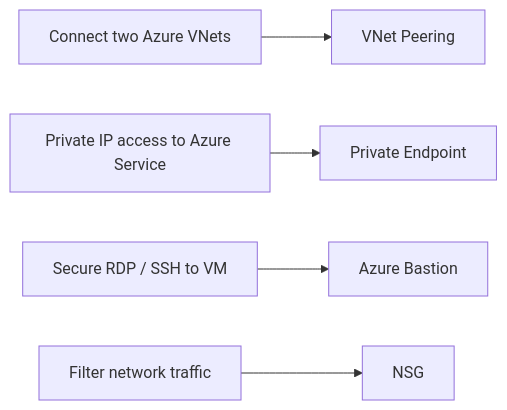
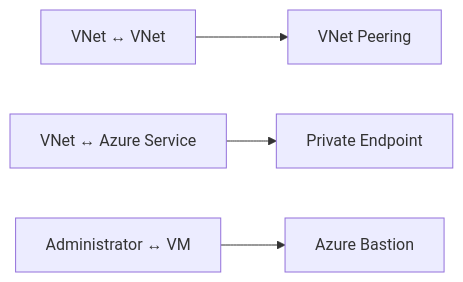
Before and after one commit to zhyordanova/azure-fundamentals-handbook: the fourth of 11 diagrams in review/04-networking.md, drawn with Mermaid. The commit also changed other lines of this file, not shown here.

````diff
--- a/review/04-networking.md
+++ b/review/04-networking.md
@@ -102,11 +134,9 @@
 ```mermaid
 flowchart LR
 
-    A["Connect two Azure VNets"] --> B["VNet Peering"]
+    A["VNet ↔ VNet"] --> B["VNet Peering"]
 
-    C["Private IP access to Azure Service"] --> D["Private Endpoint"]
+    C["VNet ↔ Azure Service"] --> D["Private Endpoint"]
 
-    E["Secure RDP / SSH to VM"] --> F["Azure Bastion"]
-
-    G["Filter network traffic"] --> H["NSG"]
+    E["Administrator ↔ VM"] --> F["Azure Bastion"]
 ```
````
